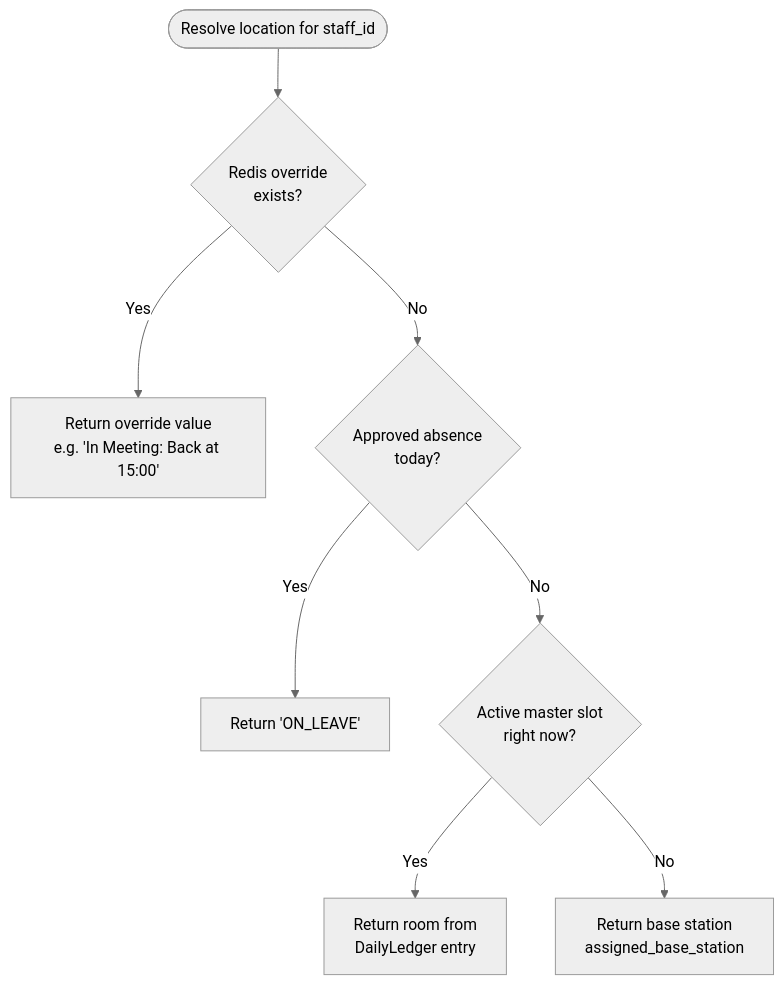
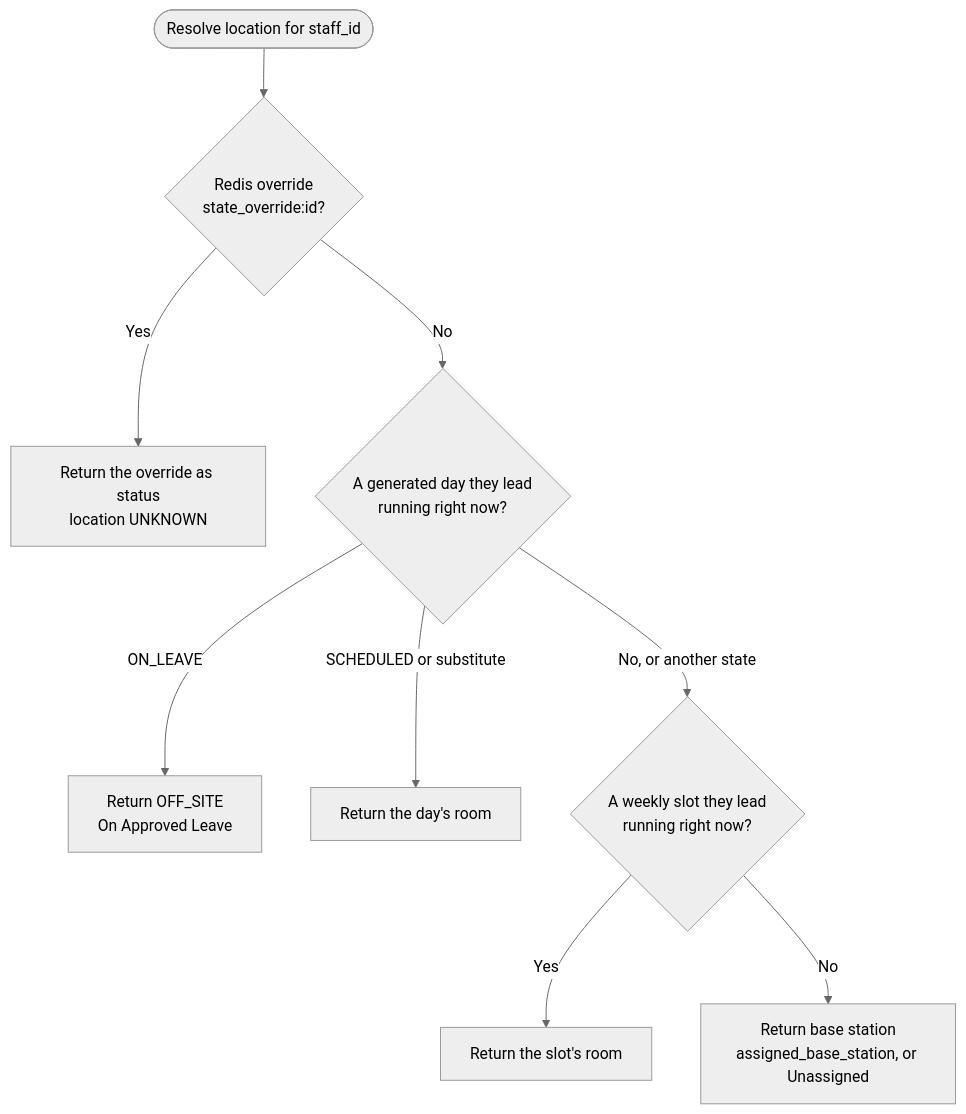
The third of 5 diagrams in docs/architecture.md (Life-Experimentalist/Chronos-Ledger), drawn with Mermaid (neutral theme) before and after one commit. The commit also changed other lines of this file and 4 other files, not shown here.

````diff
--- a/docs/architecture.md
+++ b/docs/architecture.md
@@ -116,18 +116,19 @@
 ```mermaid
 flowchart TD
     Start([Resolve location for staff_id]) --> R1
 
-    R1{Redis override<br/>exists?}
-    R1 -->|Yes| RET1[Return override value<br/>e.g. 'In Meeting: Back at 15:00']
+    R1{Redis override<br/>state_override:id?}
+    R1 -->|Yes| RET1[Return the override as status<br/>location UNKNOWN]
     R1 -->|No| R2
 
-    R2{Approved absence<br/>today?}
-    R2 -->|Yes| RET2[Return 'ON_LEAVE']
-    R2 -->|No| R3
+    R2{A generated day they lead<br/>running right now?}
+    R2 -->|ON_LEAVE| RET2[Return OFF_SITE<br/>On Approved Leave]
+    R2 -->|SCHEDULED or substitute| RET2B[Return the day's room]
+    R2 -->|No, or another state| R3
 
-    R3{Active master slot<br/>right now?}
-    R3 -->|Yes| RET3[Return room from<br/>DailyLedger entry]
+    R3{A weekly slot they lead<br/>running right now?}
+    R3 -->|Yes| RET3[Return the slot's room]
     R3 -->|No| R4
 
-    R4[Return base station<br/>assigned_base_station]
+    R4[Return base station<br/>assigned_base_station, or Unassigned]
 ```
````
